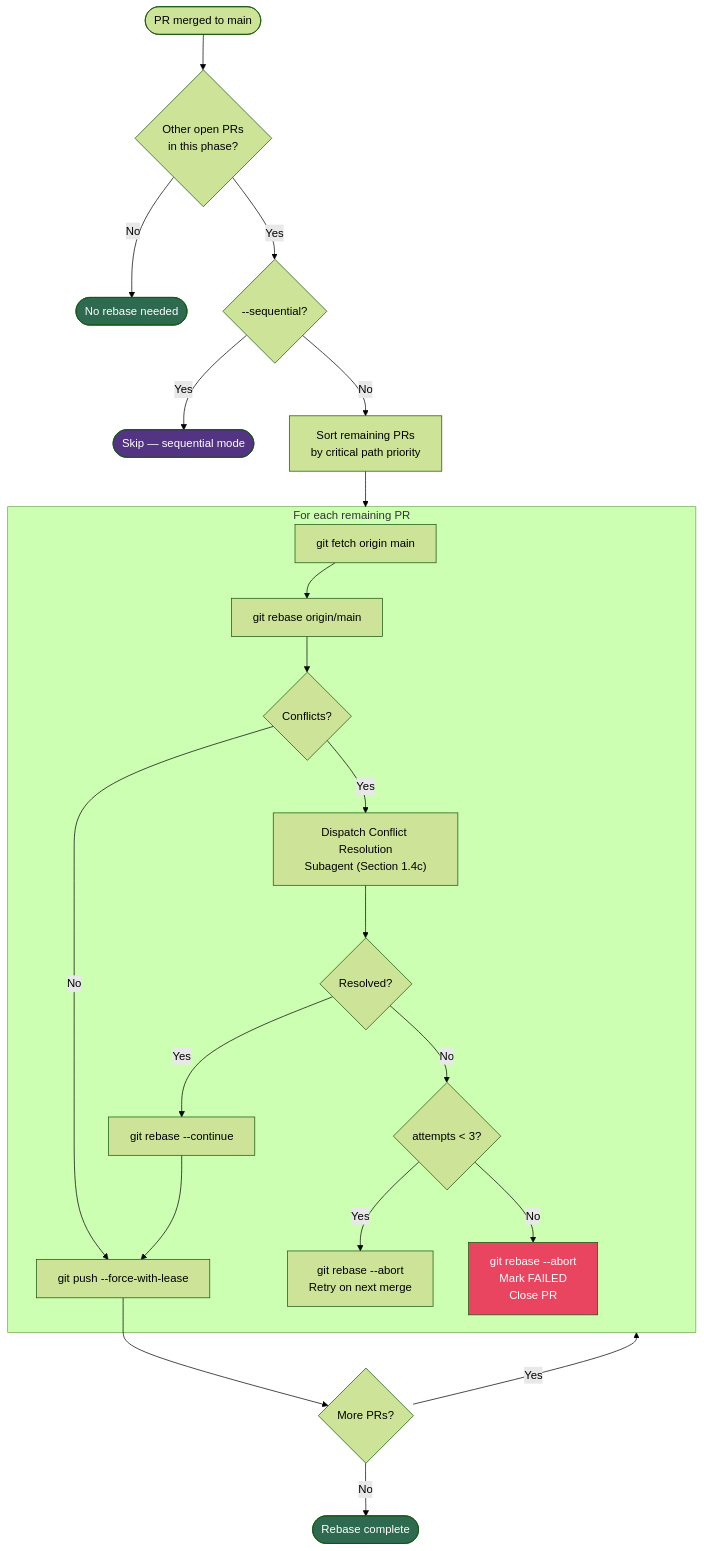
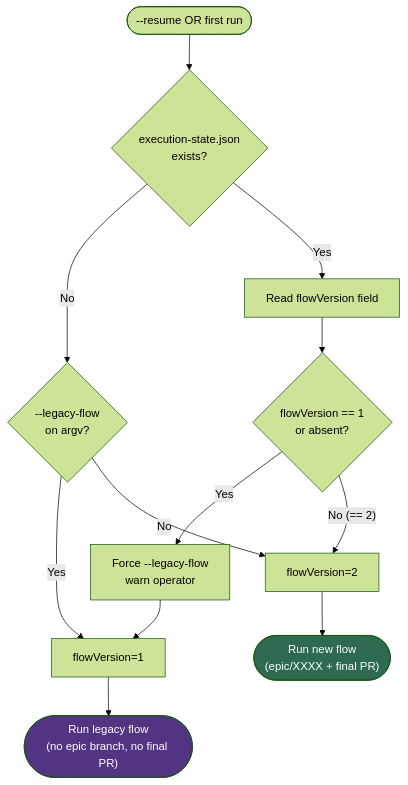
Before and after one commit to edercnj/ia-dev-environment: the third of 3 diagrams in java/src/test/resources/golden/java-spring-fintech-pci/.claude/skills/x-epic-implement/README.md, drawn with Mermaid (forest theme). The commit also changed other lines of this file and 130 other files, not shown here.

````diff
--- a/java/src/test/resources/golden/java-spring-fintech-pci/.claude/skills/x-epic-implement/README.md
+++ b/java/src/test/resources/golden/java-spring-fintech-pci/.claude/skills/x-epic-implement/README.md
@@ -316,31 +90,20 @@
 ```mermaid
 flowchart TD
-    TRIGGER(["PR merged to main"]) --> CHECK{Other open PRs<br/>in this phase?}
-    CHECK -->|No| DONE(["No rebase needed"])
-    CHECK -->|Yes| SEQCHECK{--sequential?}
-    SEQCHECK -->|Yes| SKIP(["Skip — sequential mode"])
-    SEQCHECK -->|No| ORDER["Sort remaining PRs<br/>by critical path priority"]
+    START(["--resume OR first run"]) --> STATE{"execution-state.json<br/>exists?"}
+    STATE -->|"No"| FLAGCHK{"--legacy-flow<br/>on argv?"}
+    STATE -->|"Yes"| READVER["Read flowVersion field"]
 
-    ORDER --> LOOP
+    READVER --> VERCHK{"flowVersion == 1<br/>or absent?"}
+    VERCHK -->|"Yes"| FORCELEG["Force --legacy-flow<br/>warn operator"]
+    VERCHK -->|"No (== 2)"| NEWFLOW["flowVersion=2"]
 
-    subgraph LOOP["For each remaining PR"]
-        FETCH["git fetch origin main"] --> REBASE
-        REBASE["git rebase origin/main"] --> CONFLICT{Conflicts?}
-        CONFLICT -->|No| PUSH["git push --force-with-lease"]
-        CONFLICT -->|Yes| RESOLVE["Dispatch Conflict Resolution<br/>Subagent (Section 1.4c)"]
-        RESOLVE --> RESOLVED{Resolved?}
-        RESOLVED -->|Yes| CONTINUE["git rebase --continue"] --> PUSH
-        RESOLVED -->|No| RETRY{attempts < 3?}
-        RETRY -->|Yes| ABORT1["git rebase --abort<br/>Retry on next merge"]
-        RETRY -->|No| ABORT2["git rebase --abort<br/>Mark FAILED<br/>Close PR"]
-    end
+    FLAGCHK -->|"Yes"| LEGACY["flowVersion=1"]
+    FLAGCHK -->|"No"| NEWFLOW
 
-    PUSH --> NEXT{More PRs?}
-    NEXT -->|Yes| LOOP
-    NEXT -->|No| DONE2(["Rebase complete"])
+    FORCELEG --> LEGACY
+    LEGACY --> RUNLEGACY(["Run legacy flow<br/>(no epic branch, no final PR)"])
+    NEWFLOW --> RUNNEW(["Run new flow<br/>(epic/XXXX + final PR)"])
 
-    style DONE fill:#2d6a4f,color:#fff
-    style DONE2 fill:#2d6a4f,color:#fff
-    style SKIP fill:#533483,color:#fff
-    style ABORT2 fill:#e94560,color:#fff
+    style RUNLEGACY fill:#533483,color:#fff
+    style RUNNEW fill:#2d6a4f,color:#fff
 ```
````
